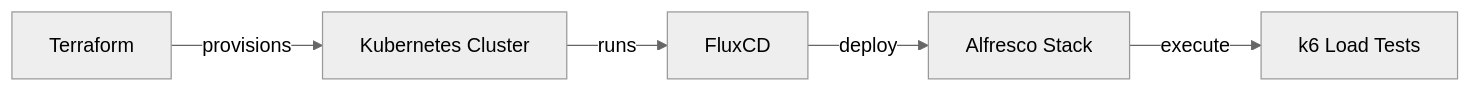
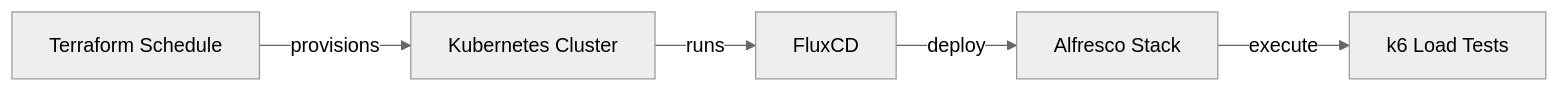
One commit to gionn/shift-left-perf-testing changed the fourth of 5 diagrams in slides.md. Above: the diagram before and after it, drawn with Mermaid (neutral theme). The commit also changed other lines of this file, not shown here.

````diff
--- a/slides.md
+++ b/slides.md
@@ -208,7 +209,7 @@
 ```mermaid
 flowchart LR
-  A[Terraform] --provisions--> B[Kubernetes Cluster]
+  A[Terraform Schedule] --provisions--> B[Kubernetes Cluster]
   B --runs--> C[FluxCD]
   C --deploy--> D[Alfresco Stack]
   D --execute--> E[k6 Load Tests]
 ```
````
